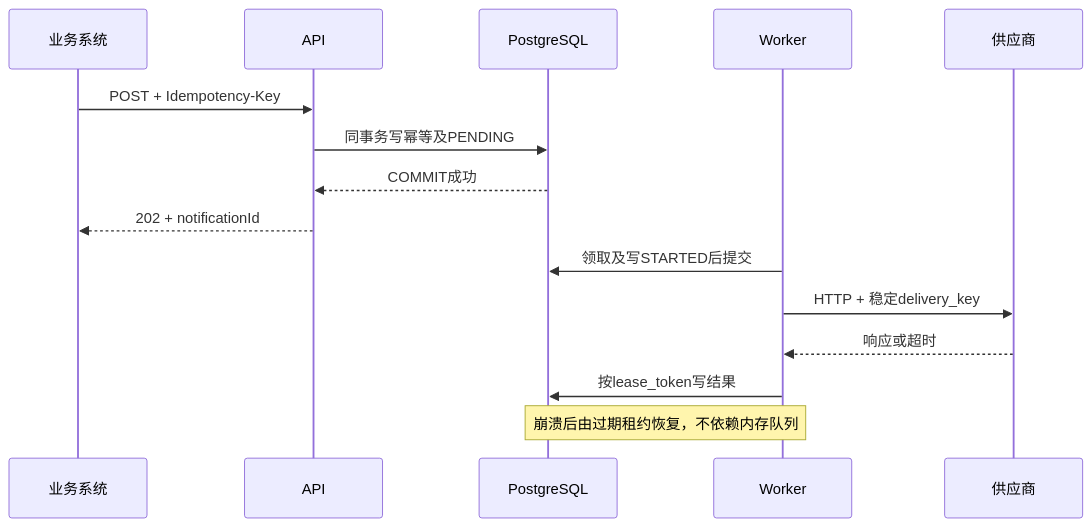
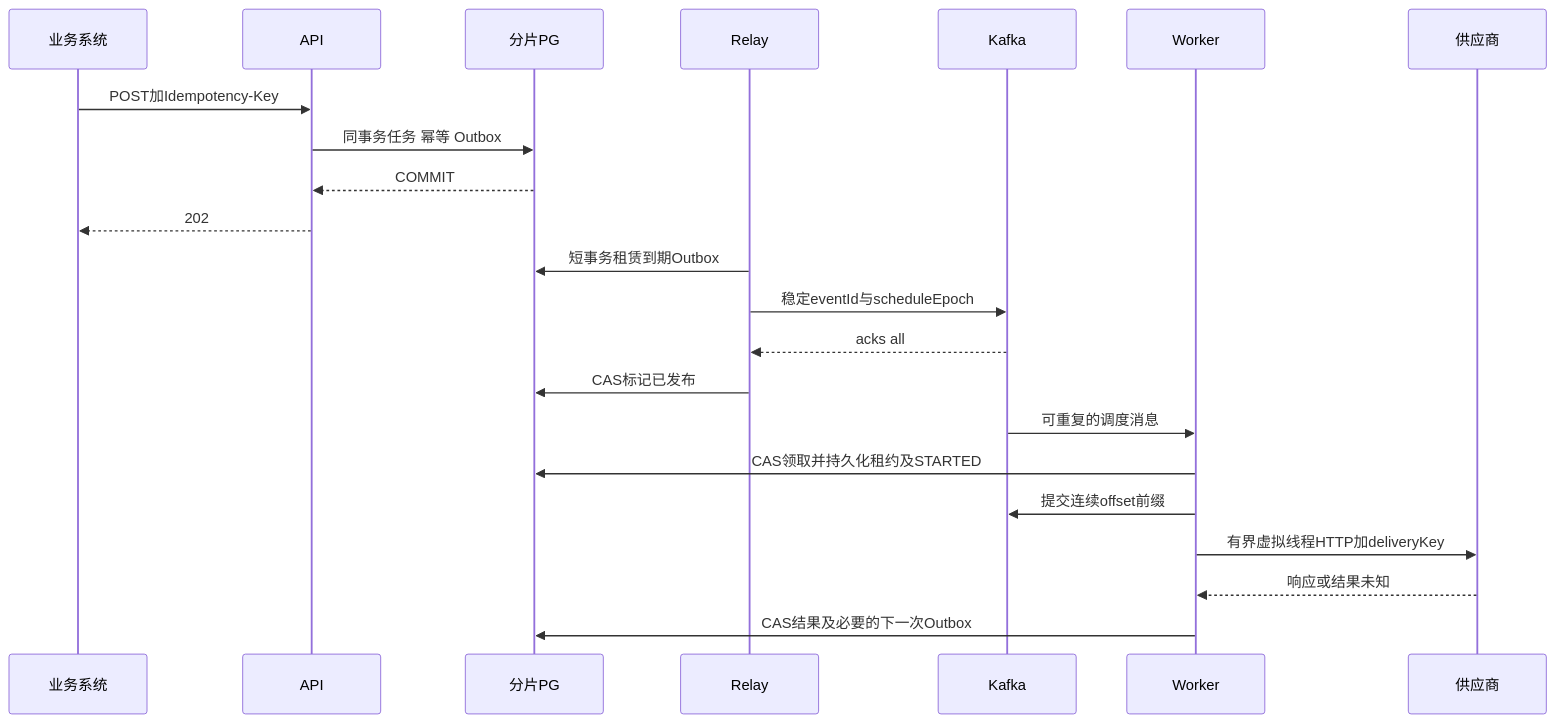
The third of 3 diagrams in docs/system-design.md (xiedeacc/rc_bill), drawn with Mermaid before and after one commit. The commit also changed other lines of this file and 3 other files, not shown here.

````diff
--- a/docs/system-design.md
+++ b/docs/system-design.md
@@ -239,17 +245,24 @@
 ```mermaid
 sequenceDiagram
     participant B as 业务系统
     participant A as API
-    participant D as PostgreSQL
+    participant D as 分片PG
+    participant R as Relay
+    participant K as Kafka
     participant W as Worker
     participant V as 供应商
-    B->>A: POST + Idempotency-Key
-    A->>D: 同事务写幂等及PENDING
-    D-->>A: COMMIT成功
-    A-->>B: 202 + notificationId
-    W->>D: 领取及写STARTED后提交
-    W->>V: HTTP + 稳定delivery_key
-    V-->>W: 响应或超时
-    W->>D: 按lease_token写结果
-    Note over W,D: 崩溃后由过期租约恢复，不依赖内存队列
+    B->>A: POST加Idempotency-Key
+    A->>D: 同事务任务 幂等 Outbox
+    D-->>A: COMMIT
+    A-->>B: 202
+    R->>D: 短事务租赁到期Outbox
+    R->>K: 稳定eventId与scheduleEpoch
+    K-->>R: acks all
+    R->>D: CAS标记已发布
+    K->>W: 可重复的调度消息
+    W->>D: CAS领取并持久化租约及STARTED
+    W->>K: 提交连续offset前缀
+    W->>V: 有界虚拟线程HTTP加deliveryKey
+    V-->>W: 响应或结果未知
+    W->>D: CAS结果及必要的下一次Outbox
 ```
````
